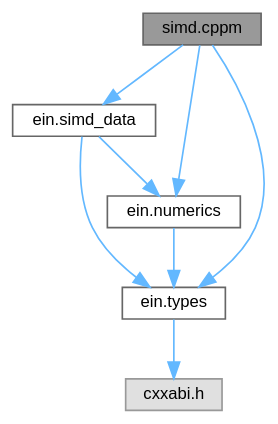
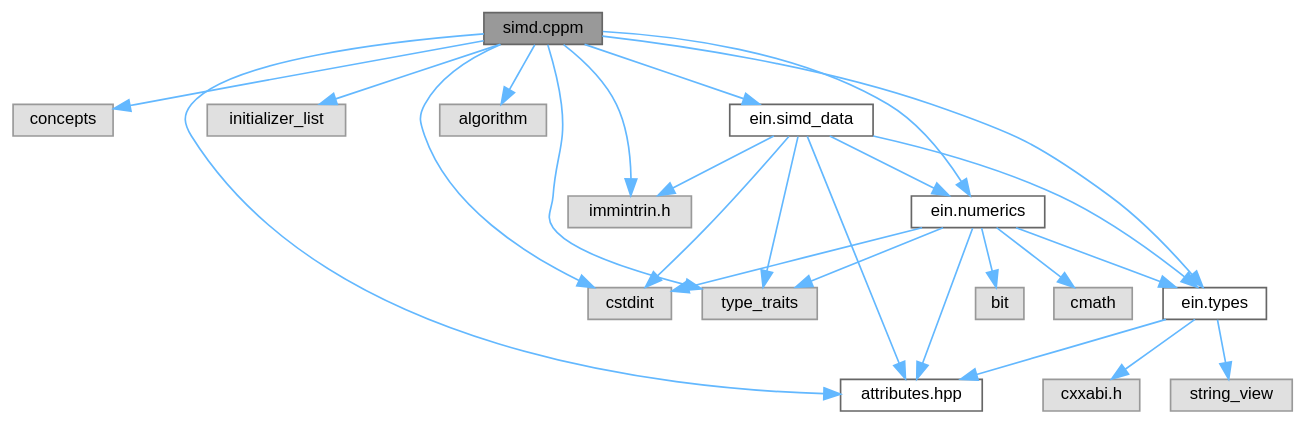
The diagram in simd_8cppm__incl.dot (ekmett/ein), drawn with Graphviz before and after one commit. The commit also changed 38 other files, not shown here.

```diff
--- a/simd_8cppm__incl.dot
+++ b/simd_8cppm__incl.dot
@@ -1,20 +1,48 @@
 digraph "simd.cppm"
 {
  // INTERACTIVE_SVG=YES
  // LATEX_PDF_SIZE
   bgcolor="transparent";
   edge [fontname=Helvetica,fontsize=10,labelfontname=Helvetica,labelfontsize=10];
   node [fontname=Helvetica,fontsize=10,shape=box,height=0.2,width=0.4];
   Node1 [id="Node000001",label="simd.cppm",height=0.2,width=0.4,color="gray40", fillcolor="grey60", style="filled", fontcolor="black",tooltip=" "];
   Node1 -> Node2 [id="edge1_Node000001_Node000002",color="steelblue1",style="solid",tooltip=" "];
-  Node2 [id="Node000002",label="ein.simd_data",height=0.2,width=0.4,color="grey40", fillcolor="white", style="filled",URL="$simd__data_8cppm.html",tooltip=" "];
-  Node2 -> Node3 [id="edge2_Node000002_Node000003",color="steelblue1",style="solid",tooltip=" "];
-  Node3 [id="Node000003",label="ein.types",height=0.2,width=0.4,color="grey40", fillcolor="white", style="filled",URL="$types_8cppm.html",tooltip=" "];
-  Node3 -> Node4 [id="edge3_Node000003_Node000004",color="steelblue1",style="solid",tooltip=" "];
-  Node4 [id="Node000004",label="cxxabi.h",height=0.2,width=0.4,color="grey60", fillcolor="#E0E0E0", style="filled",tooltip=" "];
-  Node2 -> Node5 [id="edge4_Node000002_Node000005",color="steelblue1",style="solid",tooltip=" "];
-  Node5 [id="Node000005",label="ein.numerics",height=0.2,width=0.4,color="grey40", fillcolor="white", style="filled",URL="$numerics_8cppm.html",tooltip=" "];
-  Node5 -> Node3 [id="edge5_Node000005_Node000003",color="steelblue1",style="solid",tooltip=" "];
-  Node1 -> Node3 [id="edge6_Node000001_Node000003",color="steelblue1",style="solid",tooltip=" "];
-  Node1 -> Node5 [id="edge7_Node000001_Node000005",color="steelblue1",style="solid",tooltip=" "];
+  Node2 [id="Node000002",label="concepts",height=0.2,width=0.4,color="grey60", fillcolor="#E0E0E0", style="filled",tooltip=" "];
+  Node1 -> Node3 [id="edge2_Node000001_Node000003",color="steelblue1",style="solid",tooltip=" "];
+  Node3 [id="Node000003",label="cstdint",height=0.2,width=0.4,color="grey60", fillcolor="#E0E0E0", style="filled",tooltip=" "];
+  Node1 -> Node4 [id="edge3_Node000001_Node000004",color="steelblue1",style="solid",tooltip=" "];
+  Node4 [id="Node000004",label="initializer_list",height=0.2,width=0.4,color="grey60", fillcolor="#E0E0E0", style="filled",tooltip=" "];
+  Node1 -> Node5 [id="edge4_Node000001_Node000005",color="steelblue1",style="solid",tooltip=" "];
+  Node5 [id="Node000005",label="type_traits",height=0.2,width=0.4,color="grey60", fillcolor="#E0E0E0", style="filled",tooltip=" "];
+  Node1 -> Node6 [id="edge5_Node000001_Node000006",color="steelblue1",style="solid",tooltip=" "];
+  Node6 [id="Node000006",label="algorithm",height=0.2,width=0.4,color="grey60", fillcolor="#E0E0E0", style="filled",tooltip=" "];
+  Node1 -> Node7 [id="edge6_Node000001_Node000007",color="steelblue1",style="solid",tooltip=" "];
+  Node7 [id="Node000007",label="immintrin.h",height=0.2,width=0.4,color="grey60", fillcolor="#E0E0E0", style="filled",tooltip=" "];
+  Node1 -> Node8 [id="edge7_Node000001_Node000008",color="steelblue1",style="solid",tooltip=" "];
+  Node8 [id="Node000008",label="attributes.hpp",height=0.2,width=0.4,color="grey40", fillcolor="white", style="filled",URL="$attributes_8hpp.html",tooltip="an opinionated subset of clang/gcc attributes"];
+  Node1 -> Node9 [id="edge8_Node000001_Node000009",color="steelblue1",style="solid",tooltip=" "];
+  Node9 [id="Node000009",label="ein.simd_data",height=0.2,width=0.4,color="grey40", fillcolor="white", style="filled",URL="$simd__data_8cppm.html",tooltip=" "];
+  Node9 -> Node3 [id="edge9_Node000009_Node000003",color="steelblue1",style="solid",tooltip=" "];
+  Node9 -> Node5 [id="edge10_Node000009_Node000005",color="steelblue1",style="solid",tooltip=" "];
+  Node9 -> Node7 [id="edge11_Node000009_Node000007",color="steelblue1",style="solid",tooltip=" "];
+  Node9 -> Node8 [id="edge12_Node000009_Node000008",color="steelblue1",style="solid",tooltip=" "];
+  Node9 -> Node10 [id="edge13_Node000009_Node000010",color="steelblue1",style="solid",tooltip=" "];
+  Node10 [id="Node000010",label="ein.types",height=0.2,width=0.4,color="grey40", fillcolor="white", style="filled",URL="$types_8cppm.html",tooltip=" "];
+  Node10 -> Node11 [id="edge14_Node000010_Node000011",color="steelblue1",style="solid",tooltip=" "];
+  Node11 [id="Node000011",label="string_view",height=0.2,width=0.4,color="grey60", fillcolor="#E0E0E0", style="filled",tooltip=" "];
+  Node10 -> Node8 [id="edge15_Node000010_Node000008",color="steelblue1",style="solid",tooltip=" "];
+  Node10 -> Node12 [id="edge16_Node000010_Node000012",color="steelblue1",style="solid",tooltip=" "];
+  Node12 [id="Node000012",label="cxxabi.h",height=0.2,width=0.4,color="grey60", fillcolor="#E0E0E0", style="filled",tooltip=" "];
+  Node9 -> Node13 [id="edge17_Node000009_Node000013",color="steelblue1",style="solid",tooltip=" "];
+  Node13 [id="Node000013",label="ein.numerics",height=0.2,width=0.4,color="grey40", fillcolor="white", style="filled",URL="$numerics_8cppm.html",tooltip=" "];
+  Node13 -> Node14 [id="edge18_Node000013_Node000014",color="steelblue1",style="solid",tooltip=" "];
+  Node14 [id="Node000014",label="bit",height=0.2,width=0.4,color="grey60", fillcolor="#E0E0E0", style="filled",tooltip=" "];
+  Node13 -> Node15 [id="edge19_Node000013_Node000015",color="steelblue1",style="solid",tooltip=" "];
+  Node15 [id="Node000015",label="cmath",height=0.2,width=0.4,color="grey60", fillcolor="#E0E0E0", style="filled",tooltip=" "];
+  Node13 -> Node3 [id="edge20_Node000013_Node000003",color="steelblue1",style="solid",tooltip=" "];
+  Node13 -> Node5 [id="edge21_Node000013_Node000005",color="steelblue1",style="solid",tooltip=" "];
+  Node13 -> Node8 [id="edge22_Node000013_Node000008",color="steelblue1",style="solid",tooltip=" "];
+  Node13 -> Node10 [id="edge23_Node000013_Node000010",color="steelblue1",style="solid",tooltip=" "];
+  Node1 -> Node10 [id="edge24_Node000001_Node000010",color="steelblue1",style="solid",tooltip=" "];
+  Node1 -> Node13 [id="edge25_Node000001_Node000013",color="steelblue1",style="solid",tooltip=" "];
 }
```
